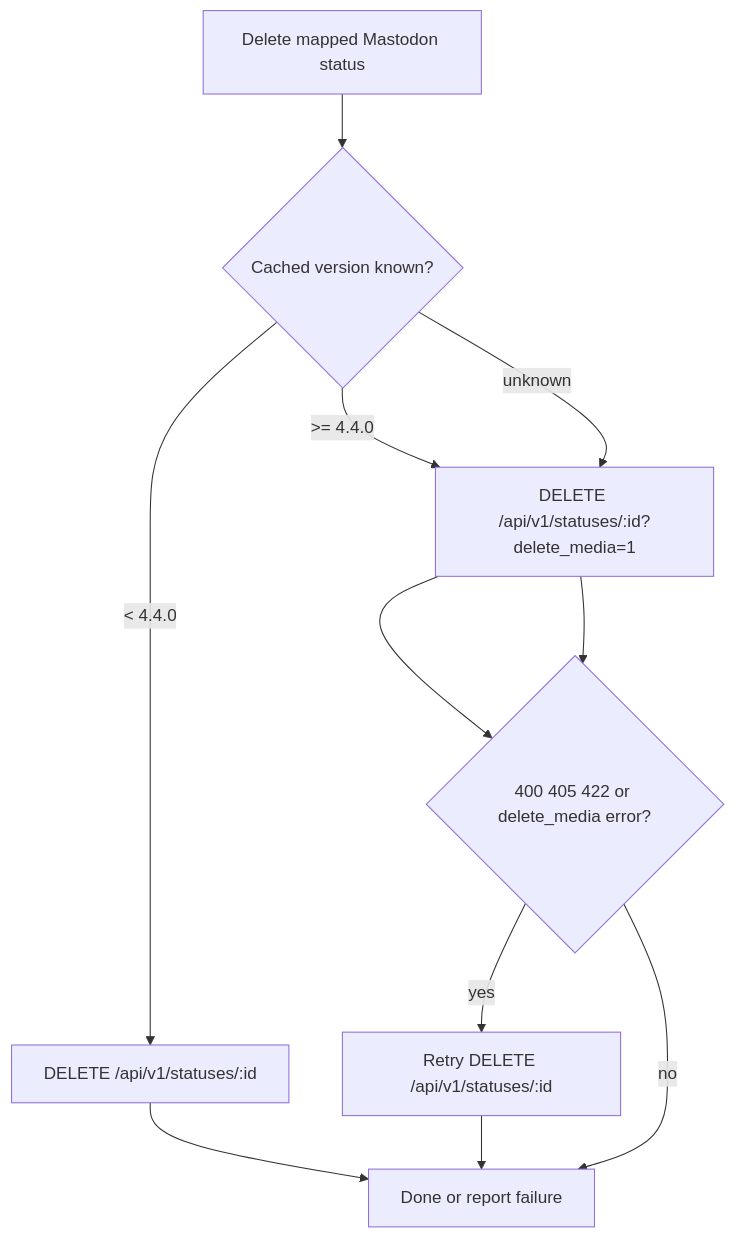
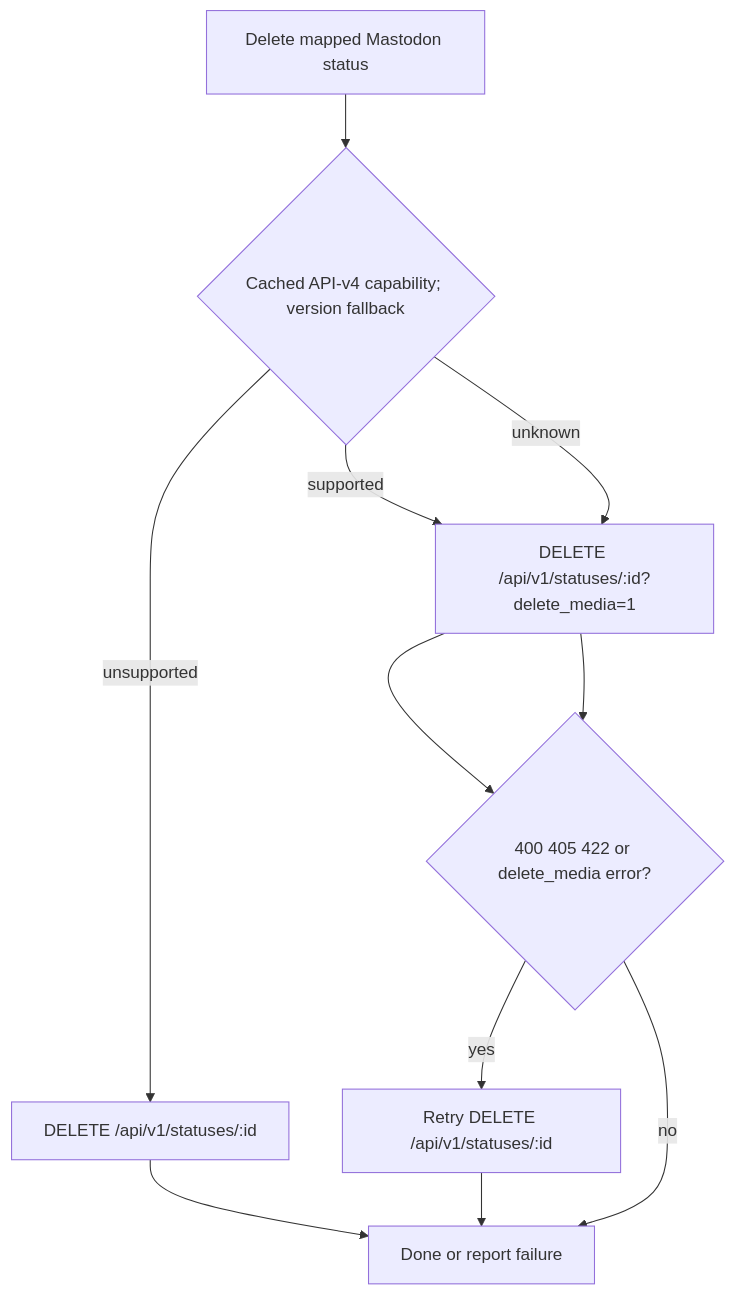
Before and after one commit to flatpressblog/flatpress: the second of 3 diagrams in fp-plugins/mastodon/developer-docs/04-API-Compatibility.md, drawn with Mermaid. The commit also changed other lines of this file and 11 other files, not shown here.

````diff
--- a/fp-plugins/mastodon/developer-docs/04-API-Compatibility.md
+++ b/fp-plugins/mastodon/developer-docs/04-API-Compatibility.md
@@ -163,17 +200,17 @@
 ```mermaid
 flowchart TD
     Delete[Delete mapped Mastodon status]
-    Cap{Cached version known?}
+    Cap{Cached API-v4 capability; version fallback}
     Old[DELETE /api/v1/statuses/:id]
     New[DELETE /api/v1/statuses/:id?delete_media=1]
     Fail{400 405 422 or delete_media error?}
     Retry[Retry DELETE /api/v1/statuses/:id]
     Done[Done or report failure]
 
     Delete --> Cap
-    Cap -- < 4.4.0 --> Old --> Done
-    Cap -- >= 4.4.0 --> New --> Fail
+    Cap -- unsupported --> Old --> Done
+    Cap -- supported --> New --> Fail
     Cap -- unknown --> New --> Fail
     Fail -- yes --> Retry --> Done
     Fail -- no --> Done
 ```
````
